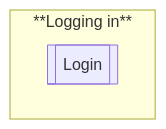
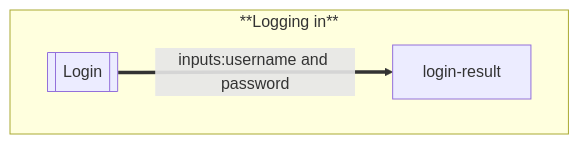
Before and after one commit to Karan4248/Exercise-Tracker: the second of 3 diagrams in README.md, drawn with Mermaid.

````diff
--- a/README.md
+++ b/README.md
@@ -43,6 +43,7 @@
 ```mermaid
 flowchart
   subgraph **Logging in**
     login[[Login]]  
+    login == inputs:username and password ==> login-result
     end
 ```
````
